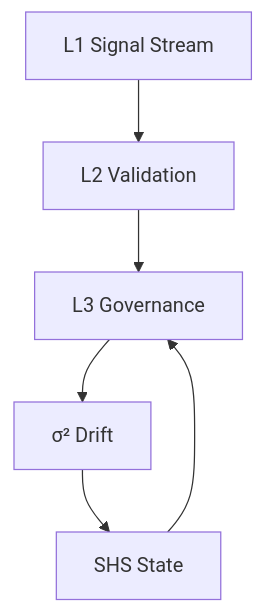
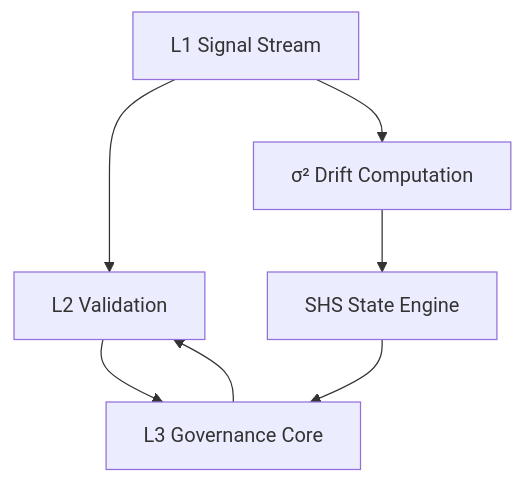
The third of 5 diagrams in README.md (GeneralSergal/ORP), drawn with Mermaid before and after one commit. The commit also changed other lines of this file, not shown here.

````diff
--- a/README.md
+++ b/README.md
@@ -238,5 +69,12 @@
 ```mermaid
 flowchart TD
-    L1[L1 Signal Stream] --> L2[L2 Validation] --> L3[L3 Governance]
-    L3 --> SIGMA[σ² Drift] --> SHS[SHS State] --> L3
+    L1[L1 Signal Stream]
+    L2[L2 Validation]
+    L3[L3 Governance Core]
+    SIGMA[σ² Drift Computation]
+    SHS[SHS State Engine]
+
+    L1 --> L2 --> L3
+    L1 --> SIGMA --> SHS --> L3
+    L3 --> L2
 ```
````
